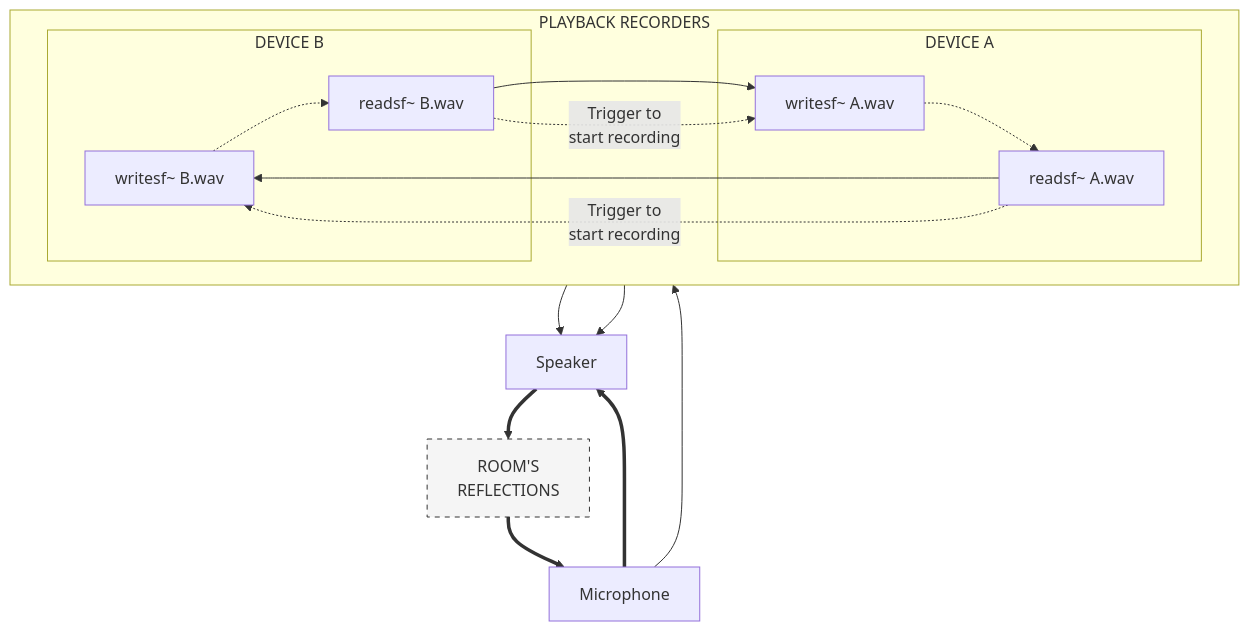
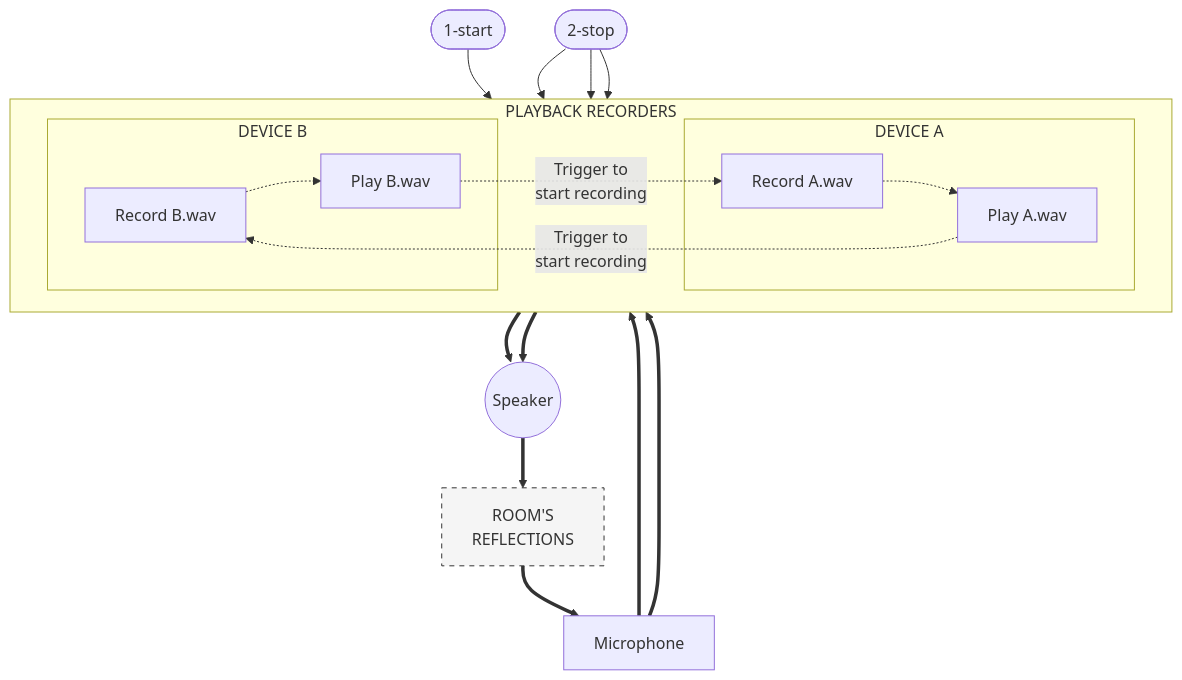
One commit to ezequielabregu/code-that-sounds changed the first of 5 diagrams in chapters/playrec.qmd. Above: the diagram before and after it, drawn with Mermaid. The commit also changed other lines of this file and 1 other file, not shown here.

Commit message:
Change flowchart for a Sequence diagram in I am sitting in a room

````diff
--- a/chapters/playrec.qmd
+++ b/chapters/playrec.qmd
@@ -63,41 +63,42 @@
 ```{mermaid}
 flowchart TB
   %% Top level source
   Input[Microphone]
-  
-  %% Horizontal arrangement of recorders A and B
+
   subgraph PLAYBACK RECORDERS
     direction LR
     subgraph RecorderA [DEVICE A]
-      RecordA[writesf~ A.wav]
-      PlayA[readsf~ A.wav]
+      RecordA[Record A.wav]
+      PlayA[Play A.wav]
       RecordA -.-> PlayA
     end
     
     subgraph RecorderB [DEVICE B]
-      RecordB[writesf~ B.wav]
-      PlayB[readsf~ B.wav]
+      RecordB[Record B.wav]
+      PlayB[Play B.wav]
       RecordB -.->PlayB
     end
   end
   
   %% Output at the bottom  
-  Output[Speaker]
+  Output((Speaker))
   
   %% Clear connections showing signal flow
-  Input --> RecordA
-  Input ==> Output
-  
-  PlayA --> Output
-  PlayB --> Output
-  
-  PlayA --> RecordB
-  PlayB --> RecordA
+  start([1-start]) --> RecordA
+  stop([2-stop]) --> RecordA
+  stop([2-stop]) --> RecordB
+  stop([2-stop]) --> PlayA
+
+  Input ==> RecordA
+  Input ==> RecordB
+
+  PlayA ==> Output
+  PlayB ==> Output
   
   %% Feedback path showing recursion
   PlayB -.->|"Trigger to<br> start recording"| RecordA
   PlayA -.->|"Trigger to<br> start recording"| RecordB
   Output ==> room["ROOM'S<br>REFLECTIONS"]:::roomStyle ==> Input
 
   classDef roomStyle fill:#f5f5f5,stroke:#333,stroke-dasharray:5 5 
 ```
````
